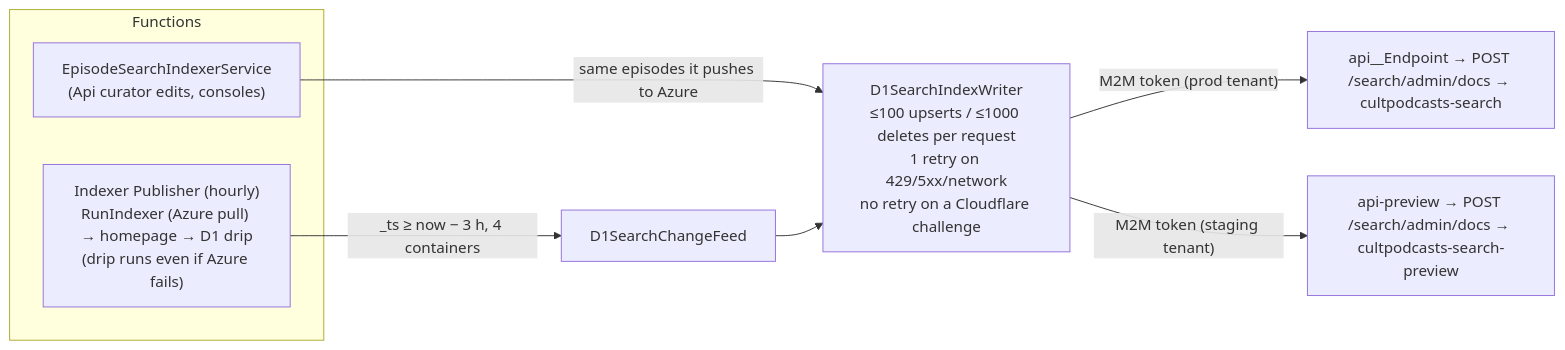
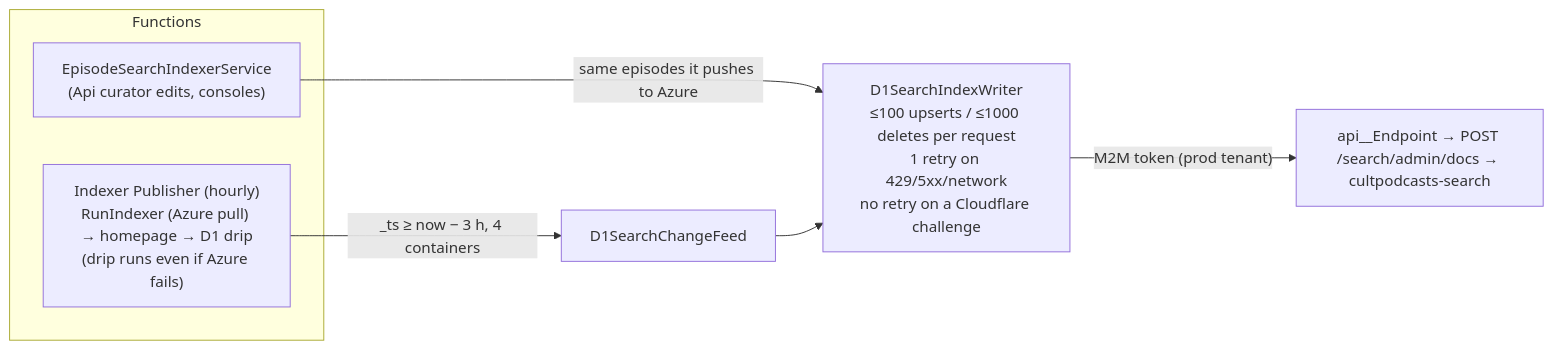
The diagram in docs/search-platform/sync-and-replication.md (cultpodcasts/RedditPodcastPoster), drawn with Mermaid before and after one commit. The commit also changed other lines of this file and 9 other files, not shown here.

````diff
--- a/docs/search-platform/sync-and-replication.md
+++ b/docs/search-platform/sync-and-replication.md
@@ -38,12 +38,11 @@
 ```mermaid
 flowchart LR
   subgraph Functions
     P["Indexer Publisher (hourly)<br/>RunIndexer (Azure pull) → homepage → D1 drip<br/>(drip runs even if Azure fails)"]
     E["EpisodeSearchIndexerService<br/>(Api curator edits, consoles)"]
   end
   P -->|"_ts ≥ now − 3 h, 4 containers"| CF[D1SearchChangeFeed]
   E -->|"same episodes it pushes to Azure"| W
   CF --> W["D1SearchIndexWriter<br/>≤100 upserts / ≤1000 deletes per request<br/>1 retry on 429/5xx/network<br/>no retry on a Cloudflare challenge"]
   W -->|"M2M token (prod tenant)"| PA["api__Endpoint → POST /search/admin/docs → cultpodcasts-search"]
-  W -->|"M2M token (staging tenant)"| PV["api-preview → POST /search/admin/docs → cultpodcasts-search-preview"]
 ```
````
